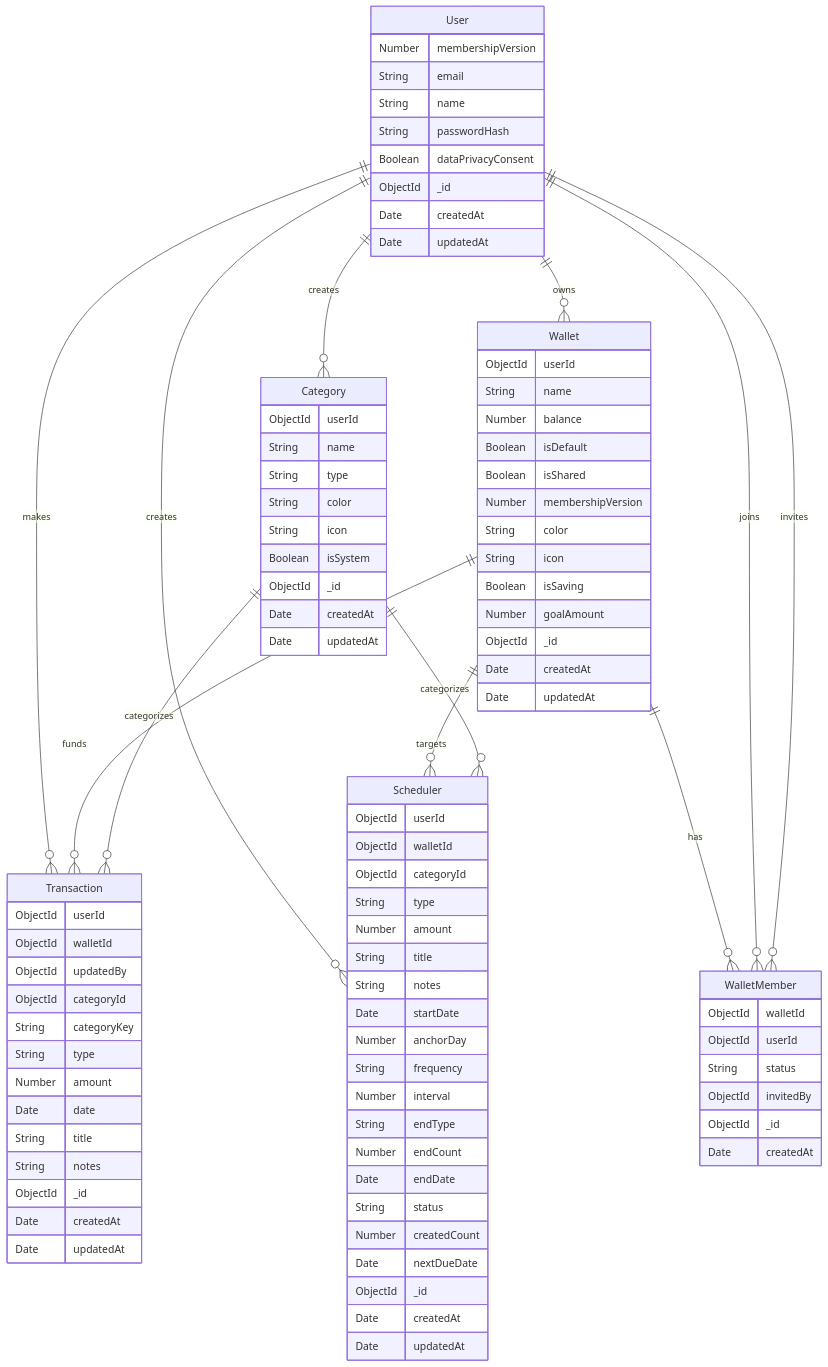
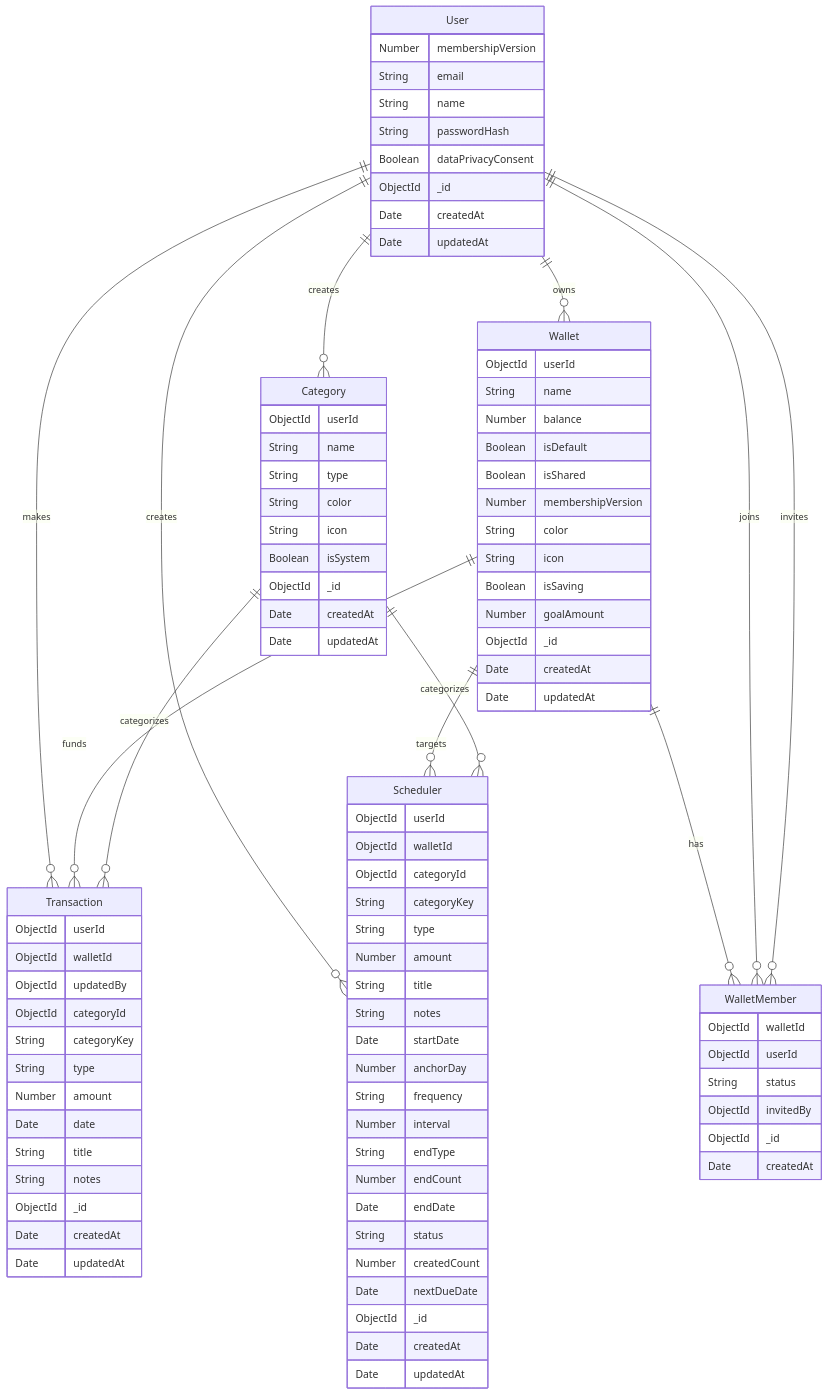
Before and after one commit to ComBiao/FinLover: the diagram in docs/ERD.md, drawn with Mermaid. The commit also changed 23 other files, not shown here.

```diff
--- a/docs/ERD.md
+++ b/docs/ERD.md
@@ -83,6 +83,7 @@
     ObjectId userId
     ObjectId walletId
     ObjectId categoryId
+    String categoryKey
     String type
     Number amount
     String title
```
